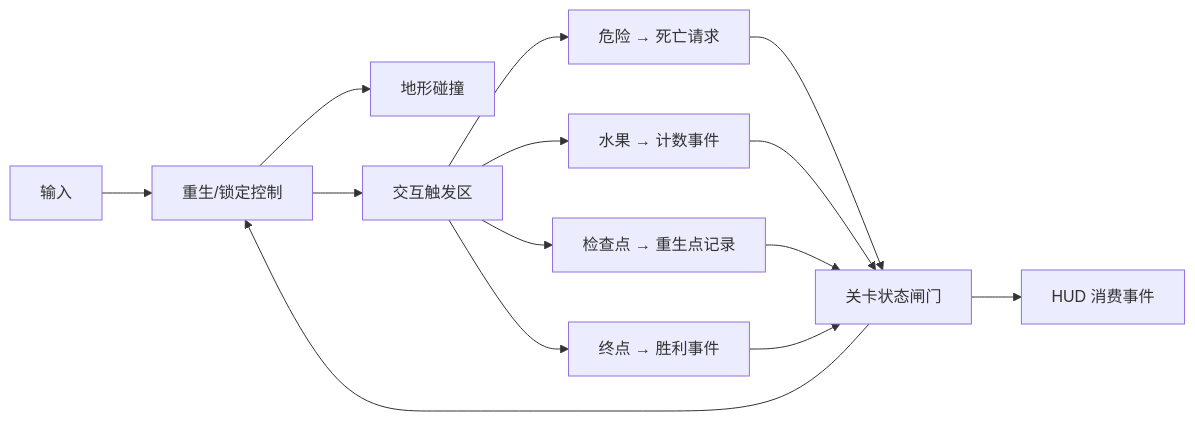
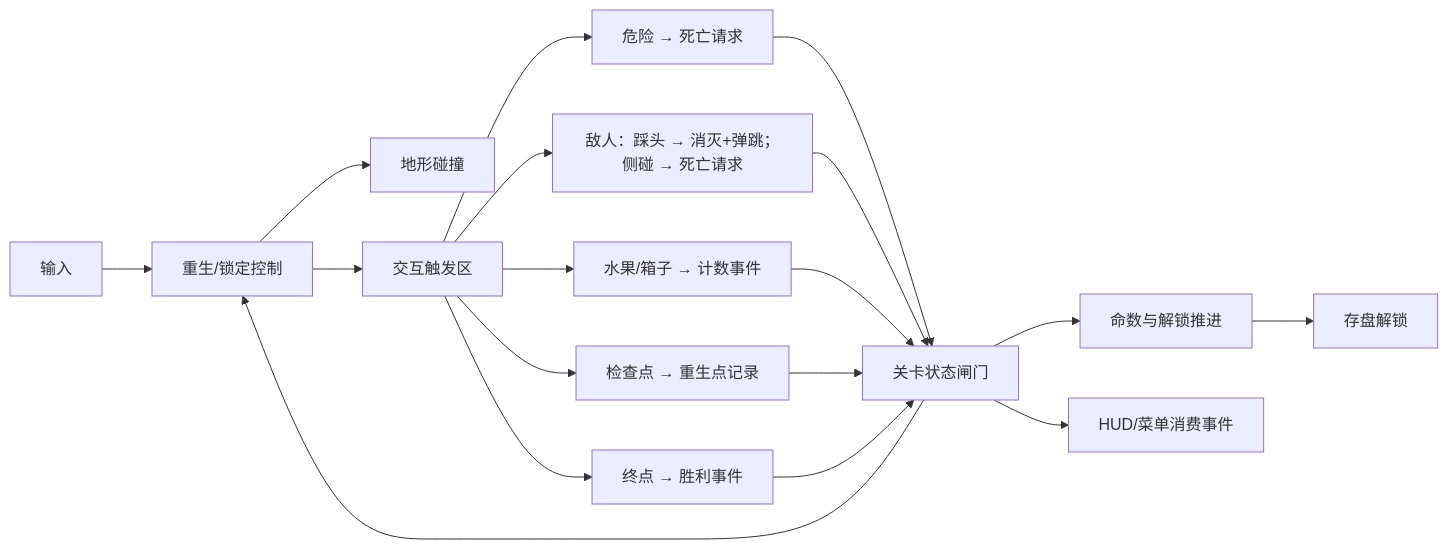
One commit to jesspig/Godot-Autopilot changed the diagram in Example/docs/gdd/gdd.md. Above: the diagram before and after it, drawn with Mermaid. The commit also changed other lines of this file and 9 other files, not shown here.

````diff
--- a/Example/docs/gdd/gdd.md
+++ b/Example/docs/gdd/gdd.md
@@ -32,16 +36,20 @@
 ```mermaid
 graph LR
     K[输入] --> P[玩家]
     P --> T[地形碰撞]
     P --> A[交互触发区]
     A --> H[危险 → 死亡请求]
-    A --> F[水果 → 计数事件]
+    A --> N[敌人：踩头 → 消灭+弹跳；侧碰 → 死亡请求]
+    A --> F[水果/箱子 → 计数事件]
     A --> C[检查点 → 重生点记录]
     A --> E[终点 → 胜利事件]
     H --> S[关卡状态闸门]
+    N --> S
     F --> S
     C --> S
     E --> S
-    S --> U[HUD 消费事件]
+    S --> V[命数与解锁推进]
+    S --> U[HUD/菜单消费事件]
     S --> P[重生/锁定控制]
+    V --> D[存盘解锁]
 ```
````
